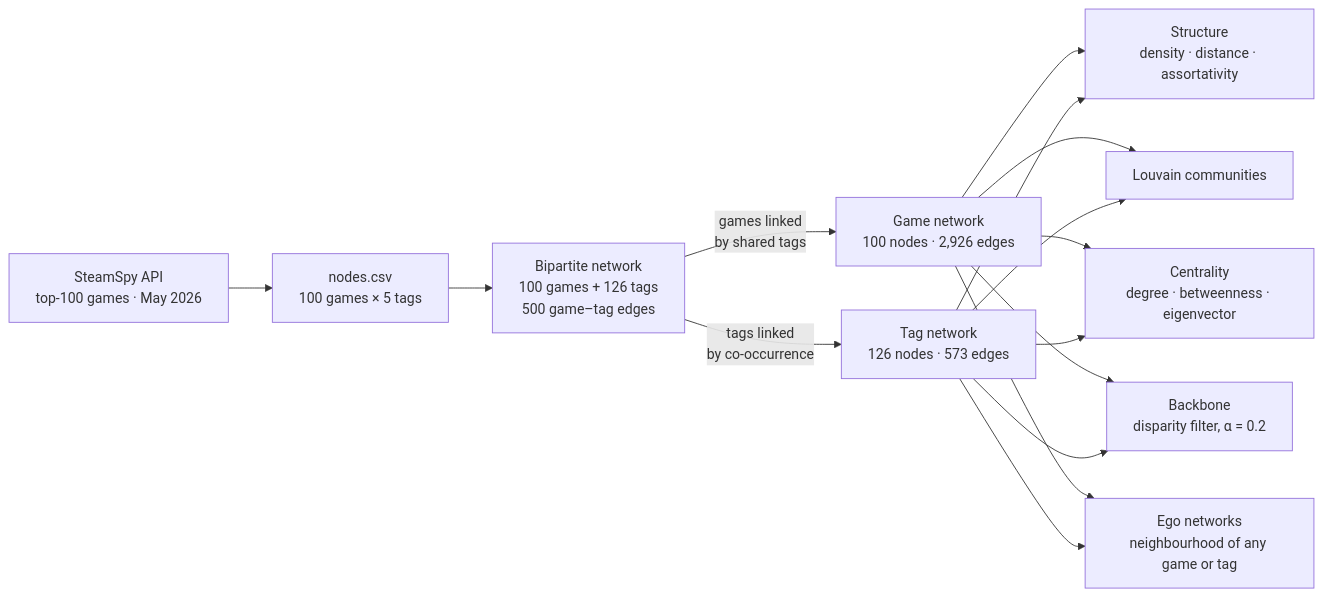
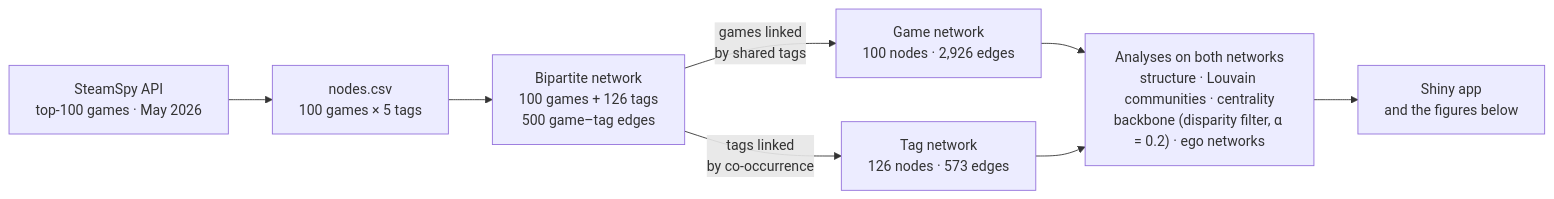
The diagram in README.md (JamesGuo111/steam-video-game-network-analysis), drawn with Mermaid before and after one commit. The commit also changed other lines of this file, not shown here.

Commit message:
README: simpler pipeline diagram, natural subtitle wrapping
The diagram fanned ten crossing arrows into five small boxes, which
were unreadable at README width; both networks now feed one analyses
node. The subtitle no longer forces a line break, which wrapped badly
on narrow screens.

````diff
--- a/README.md
+++ b/README.md
@@ -36,17 +36,9 @@
 ```mermaid
 flowchart LR
     A["SteamSpy API<br/>top-100 games · May 2026"] --> B["nodes.csv<br/>100 games × 5 tags"]
     B --> C["Bipartite network<br/>100 games + 126 tags<br/>500 game–tag edges"]
     C -->|"games linked<br/>by shared tags"| D["Game network<br/>100 nodes · 2,926 edges"]
     C -->|"tags linked<br/>by co-occurrence"| E["Tag network<br/>126 nodes · 573 edges"]
-    D --> F["Structure<br/>density · distance · assortativity"]
-    E --> F
-    D --> G["Louvain communities"]
-    E --> G
-    D --> H["Centrality<br/>degree · betweenness · eigenvector"]
-    E --> H
-    D --> I["Backbone<br/>disparity filter, α = 0.2"]
-    E --> I
-    D --> J["Ego networks<br/>neighbourhood of any game or tag"]
-    E --> J
+    D & E --> F["Analyses on both networks<br/>structure · Louvain communities · centrality<br/>backbone (disparity filter, α = 0.2) · ego networks"]
+    F --> G["Shiny app<br/>and the figures below"]
 ```
````
